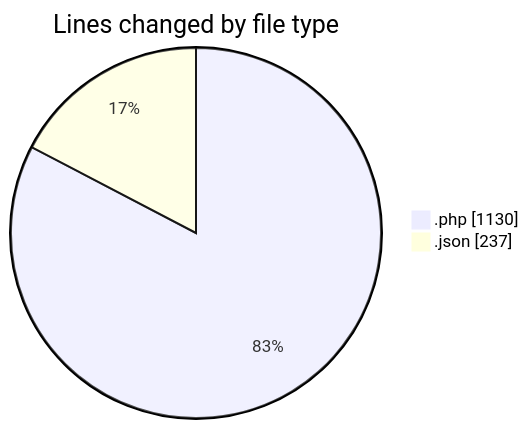
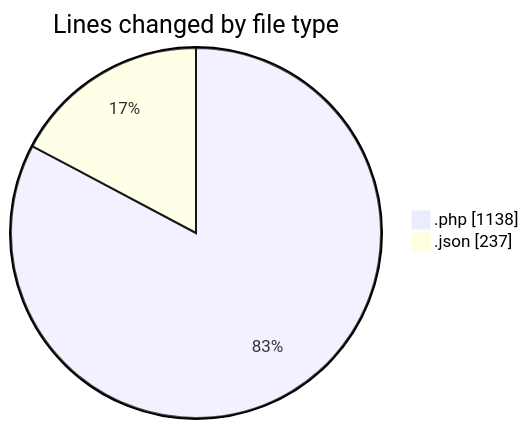
Before and after one commit to idhammustaqopulfikri/code-tracking: the first of 2 diagrams in 2025-06-13/studio-backend/README.md, drawn with Mermaid. The commit also changed other lines of this file and 1 other file, not shown here.

````diff
--- a/2025-06-13/studio-backend/README.md
+++ b/2025-06-13/studio-backend/README.md
@@ -30,6 +30,6 @@
 ```mermaid
 pie showData
 title Lines changed by file type
-".php" : 1130
+".php" : 1138
 ".json" : 237
 ```
````
